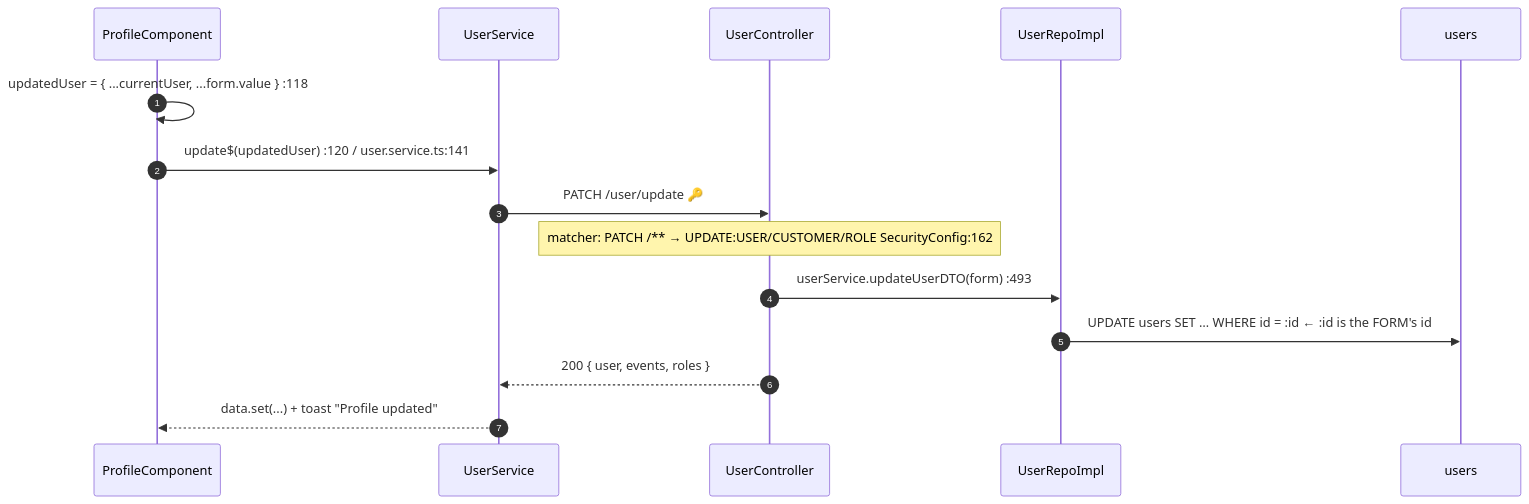
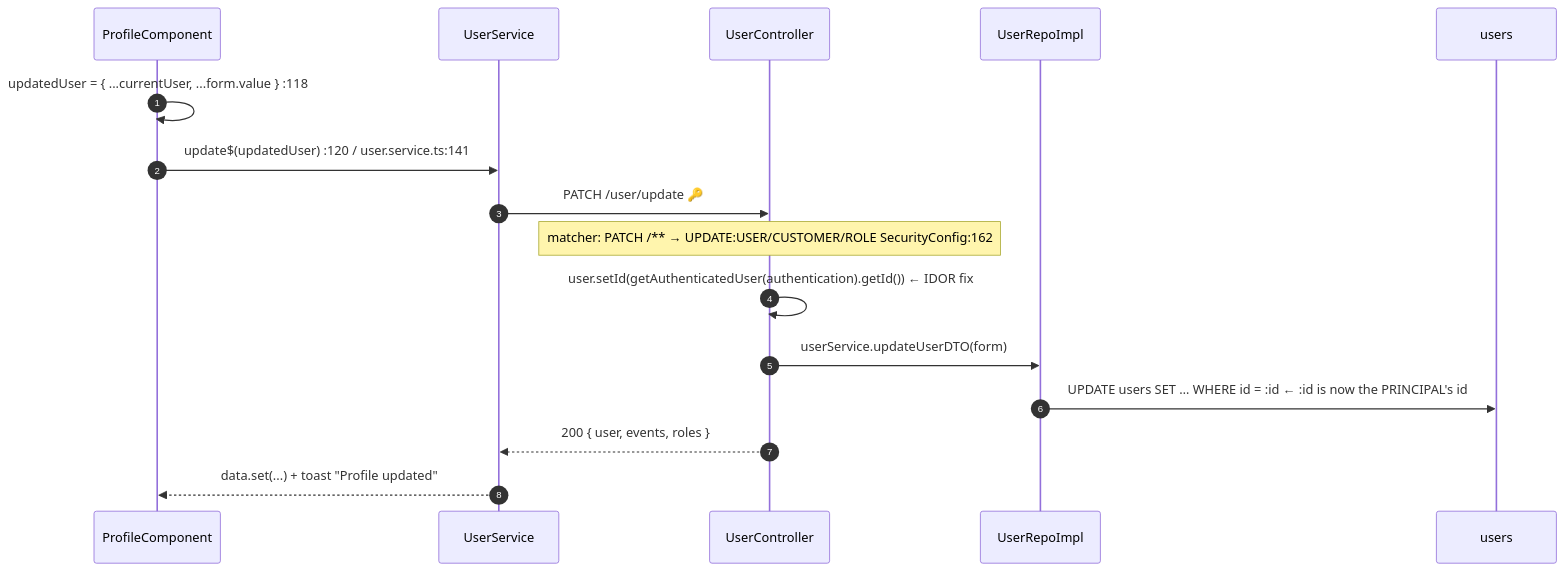
The second of 4 diagrams in documentation/flows/10-profile-and-account.md (bbobbylon/angularSpringBootFullStack), drawn with Mermaid before and after one commit. The commit also changed other lines of this file and 8 other files, not shown here.

````diff
--- a/documentation/flows/10-profile-and-account.md
+++ b/documentation/flows/10-profile-and-account.md
@@ -51,17 +51,18 @@
 ```mermaid
 sequenceDiagram
     autonumber
     participant CMP as ProfileComponent
     participant SVC as UserService
     participant CTRL as UserController
     participant REPO as UserRepoImpl
     participant DB as users
     CMP->>CMP: updatedUser = { ...currentUser, ...form.value }  :118
     CMP->>SVC: update$(updatedUser)  :120 / user.service.ts:141
     SVC->>CTRL: PATCH /user/update  🔑
     Note over CTRL: matcher: PATCH /** → UPDATE:USER/CUSTOMER/ROLE  SecurityConfig:162
-    CTRL->>REPO: userService.updateUserDTO(form)  :493
-    REPO->>DB: UPDATE users SET … WHERE id = :id   ← :id is the FORM's id
+    CTRL->>CTRL: user.setId(getAuthenticatedUser(authentication).getId())  ← IDOR fix
+    CTRL->>REPO: userService.updateUserDTO(form)
+    REPO->>DB: UPDATE users SET … WHERE id = :id   ← :id is now the PRINCIPAL's id
     CTRL-->>SVC: 200 { user, events, roles }
     SVC-->>CMP: data.set(...) + toast "Profile updated"
 ```
````
